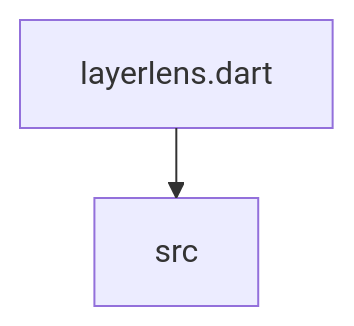
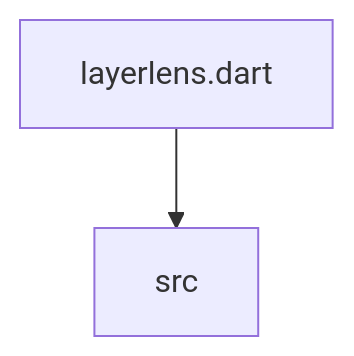
One commit to bbjay/layerlens changed the diagram in lib/DEPS.md. Above: the diagram before and after it, drawn with Mermaid. The commit also changed 1 other file, not shown here.

Commit message:
revert change to DEPS. Can use Elk optionally later!

````diff
--- a/lib/DEPS.md
+++ b/lib/DEPS.md
@@ -6,8 +6,4 @@
 ```mermaid
----
-config:
-  layout: elk
----
 flowchart TD;
 layerlens.dart-->src;
 ```
````
